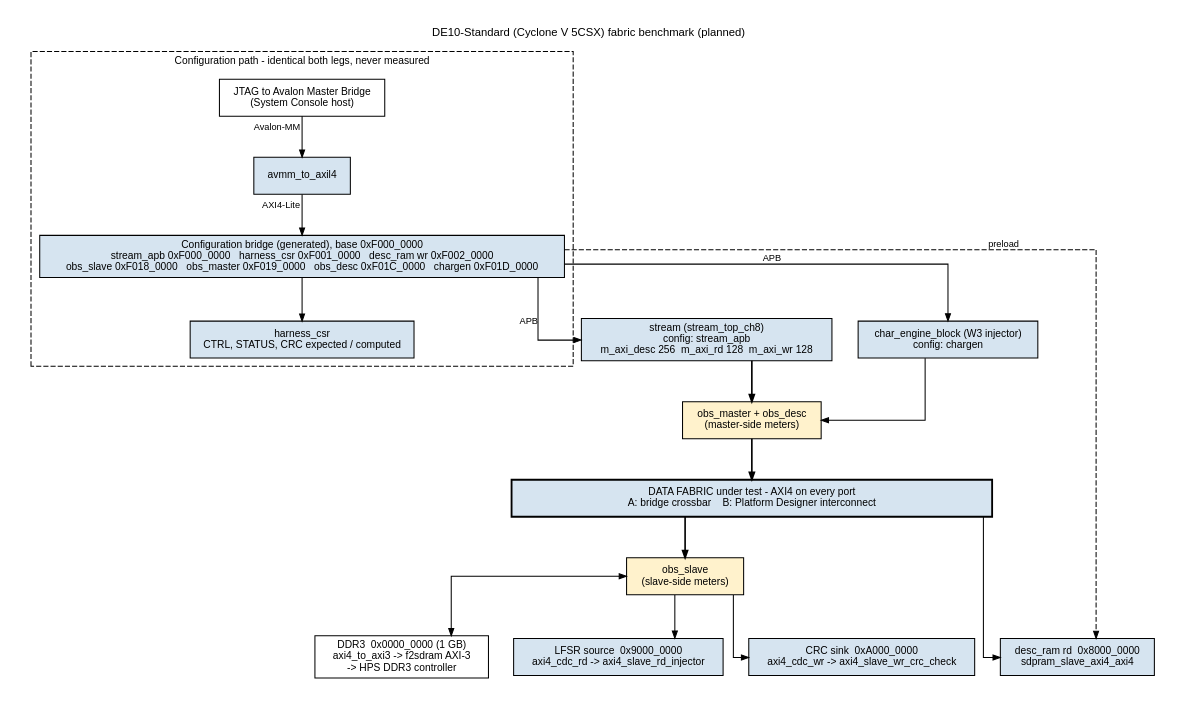
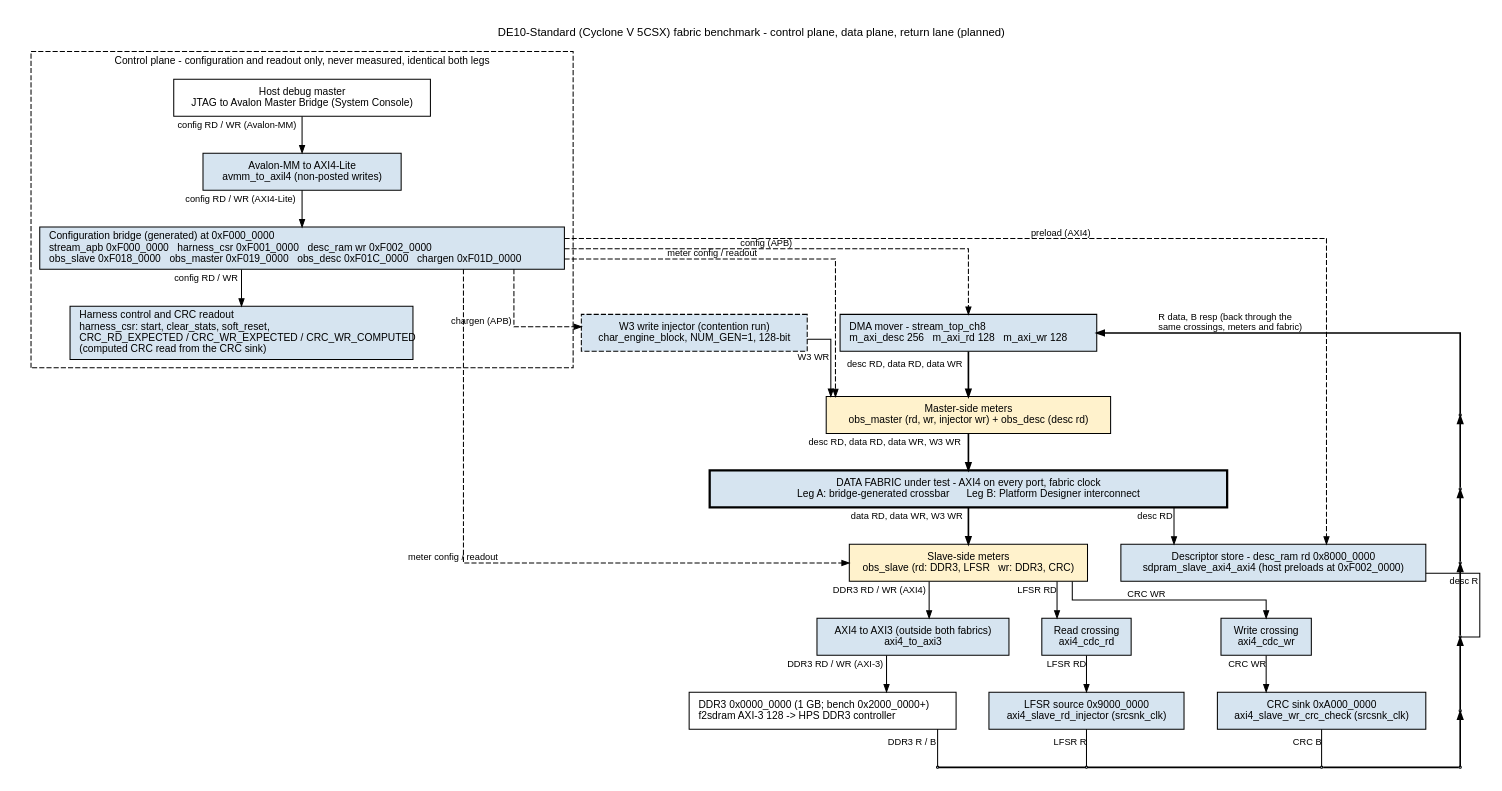
Before and after one commit to sean-galloway/RTLDesignSherpa: the diagram in projects/fpga-systems/DE10-Standard/fabric-benchmark/docs/assets/graphviz/de10_fabric_benchmark_planned.dot, drawn with Graphviz. The commit also changed 2 other files, not shown here.

Commit message:
docs(de10): Figure 5.1 redrawn to house style and the PRD v0.4 rulings
The system figure was the pre-v0.4 drawing: unlabeled edges, no return
path, the AXI3 converter folded into the DDR3 box. Redrawn:

- control plane on top, dashed config edges to stream, chargen, both
  meter sets, the desc_ram preload, and harness_csr
- requests top-down through the master-side meters, the fabric under
  test, the slave-side meters, the crossings, to the Table 5.1 endpoints
- read data and write responses climb back on their own lane at the right
- axi4_to_axi3 drawn as its own block outside both fabrics
- W3 injector dashed (contention run only); every arrow labeled

PRD caption describes the figure and links its source.

```diff
--- a/projects/fpga-systems/DE10-Standard/fabric-benchmark/docs/assets/graphviz/de10_fabric_benchmark_planned.dot
+++ b/projects/fpga-systems/DE10-Standard/fabric-benchmark/docs/assets/graphviz/de10_fabric_benchmark_planned.dot
@@ -1,48 +1,101 @@
 // DE10-Standard fabric benchmark architecture (PRD.md section 5, Figure 5.1).
-// PLANNED: no RTL or build exists yet; this draws PRD v0.4's system address
-// map (Table 5.1): the configuration region at 0xF000_0000 and the data fabric
-// below it, with the observers at the fabric's master and slave ports.
-// House style: vault/handbook/authoring/block-diagrams.md ("(planned)" in the
-// title; the fabric under test in the center, emphasized).
+// PLANNED: no RTL or build exists yet. Draws PRD v0.4 as ruled:
+//   - control plane (top, dashed): JTAG-to-Avalon -> avmm_to_axil4 -> the
+//     generated configuration bridge at 0xF000_0000; configuration only, never data
+//   - data plane (center): requests top-down from the masters through the
+//     master-side meters, the fabric under test, the slave-side meters, the
+//     crossings, to the endpoints (Table 5.1 bases)
+//   - return (right): read data and write responses climb back on their own lane
+//   - axi4_to_axi3 sits OUTSIDE the fabric: both legs are AXI4 on every port
+//   - the W3 injector is dashed: in the build, active only in the contention run
+// House style: vault/handbook/authoring/block-diagrams.md.
 digraph de10_fabric_benchmark_planned {
-    graph [rankdir=TB, bgcolor="white", fontname="Helvetica", fontsize=11, nodesep="0.35", ranksep="0.55", splines=ortho, newrank=true, labelloc=t, labeljust=c, pad="0.2", label="DE10-Standard (Cyclone V 5CSX) fabric benchmark (planned)"];
+    graph [rankdir=TB, bgcolor="white", fontname="Helvetica", fontsize=11, nodesep="0.45", ranksep="0.5", splines=ortho, newrank=true, labelloc=t, labeljust=c, pad="0.2",
+           label="DE10-Standard (Cyclone V 5CSX) fabric benchmark - control plane, data plane, return lane (planned)"];
     node  [fontname="Helvetica", fontsize=10, shape=box, style=filled, fillcolor="#D6E4F0", color="black", margin="0.12,0.06"];
     edge  [fontname="Helvetica", fontsize=9, color="black", arrowsize=0.7];
 
+    // ---------------- control plane ----------------
     subgraph cluster_ctl {
-        label="Configuration path - identical both legs, never measured"; fontsize=10; style=dashed;
-        jtag [label="JTAG to Avalon Master Bridge\n(System Console host)", fillcolor="white"];
-        av   [label="avmm_to_axil4"];
-        cbr  [label="Configuration bridge (generated), base 0xF000_0000\nstream_apb 0xF000_0000   harness_csr 0xF001_0000   desc_ram wr 0xF002_0000\nobs_slave 0xF018_0000   obs_master 0xF019_0000   obs_desc 0xF01C_0000   chargen 0xF01D_0000"];
-        hcsr [label="harness_csr\nCTRL, STATUS, CRC expected / computed"];
-        jtag -> av [xlabel="Avalon-MM"];
-        av -> cbr [xlabel="AXI4-Lite"];
-        cbr -> hcsr;
+        label="Control plane - configuration and readout only, never measured, identical both legs"; fontsize=10; style=dashed;
+        jtag [label="Host debug master\nJTAG to Avalon Master Bridge (System Console)", fillcolor="white"];
+        av   [label="Avalon-MM to AXI4-Lite\navmm_to_axil4 (non-posted writes)"];
+        cbr  [label="Configuration bridge (generated) at 0xF000_0000\lstream_apb 0xF000_0000   harness_csr 0xF001_0000   desc_ram wr 0xF002_0000\lobs_slave 0xF018_0000   obs_master 0xF019_0000   obs_desc 0xF01C_0000   chargen 0xF01D_0000\l"];
+        hcsr [label="Harness control and CRC readout\lharness_csr: start, clear_stats, soft_reset,\lCRC_RD_EXPECTED / CRC_WR_EXPECTED / CRC_WR_COMPUTED\l(computed CRC read from the CRC sink)\l"];
+        jtag -> av  [xlabel="config RD / WR (Avalon-MM)"];
+        av   -> cbr [xlabel="config RD / WR (AXI4-Lite)"];
+        cbr  -> hcsr [xlabel="config RD / WR"];
     }
 
-    str  [label="stream (stream_top_ch8)\nconfig: stream_apb\nm_axi_desc 256  m_axi_rd 128  m_axi_wr 128"];
-    inj  [label="char_engine_block (W3 injector)\nconfig: chargen"];
-    obm  [label="obs_master + obs_desc\n(master-side meters)", fillcolor="#FFF2CC"];
-    fab  [label="DATA FABRIC under test - AXI4 on every port\nA: bridge crossbar    B: Platform Designer interconnect", penwidth=1.8, width=6.5];
-    obs  [label="obs_slave\n(slave-side meters)", fillcolor="#FFF2CC"];
+    // ---------------- data plane: request direction, top-down ----------------
+    str  [label="DMA mover - stream_top_ch8\lm_axi_desc 256   m_axi_rd 128   m_axi_wr 128\l", group=C];
+    inj  [label="W3 write injector (contention run)\nchar_engine_block, NUM_GEN=1, 128-bit", style="filled,dashed"];
+    obm  [label="Master-side meters\nobs_master (rd, wr, injector wr) + obs_desc (desc rd)", fillcolor="#FFF2CC", group=C];
+    fab  [label="DATA FABRIC under test - AXI4 on every port, fabric clock\nLeg A: bridge-generated crossbar      Leg B: Platform Designer interconnect", penwidth=2.2, width=7.0, group=C];
+    obs  [label="Slave-side meters\nobs_slave (rd: DDR3, LFSR   wr: DDR3, CRC)", fillcolor="#FFF2CC", group=C];
+    dsc  [label="Descriptor store - desc_ram rd 0x8000_0000\nsdpram_slave_axi4_axi4 (host preloads at 0xF002_0000)"];
 
-    ddr  [label="DDR3  0x0000_0000 (1 GB)\naxi4_to_axi3 -> f2sdram AXI-3\n-> HPS DDR3 controller", fillcolor="white"];
-    dsc  [label="desc_ram rd  0x8000_0000\nsdpram_slave_axi4_axi4"];
-    src  [label="LFSR source  0x9000_0000\naxi4_cdc_rd -> axi4_slave_rd_injector"];
-    snk  [label="CRC sink  0xA000_0000\naxi4_cdc_wr -> axi4_slave_wr_crc_check"];
+    a2a  [label="AXI4 to AXI3 (outside both fabrics)\naxi4_to_axi3"];
+    cdr  [label="Read crossing\naxi4_cdc_rd"];
+    cdw  [label="Write crossing\naxi4_cdc_wr"];
 
-    cbr -> str [xlabel="APB"];
-    cbr -> inj [xlabel="APB"];
-    cbr -> dsc [style=dashed, xlabel="preload"];
-    str -> obm [penwidth=1.6];
-    inj -> obm;
-    obm -> fab [penwidth=1.6];
-    fab -> obs [penwidth=1.6];
-    obs -> ddr [dir=both];
-    fab -> dsc;
-    obs -> src;
-    obs -> snk;
+    ddr  [label="DDR3 0x0000_0000 (1 GB; bench 0x2000_0000+)\lf2sdram AXI-3 128 -> HPS DDR3 controller\l", fillcolor="white"];
+    src  [label="LFSR source 0x9000_0000\naxi4_slave_rd_injector (srcsnk_clk)"];
+    snk  [label="CRC sink 0xA000_0000\naxi4_slave_wr_crc_check (srcsnk_clk)"];
 
-    { rank=same; str; inj; }
-    { rank=same; ddr; dsc; src; snk; }
+    str -> obm [xlabel="desc RD, data RD, data WR", penwidth=1.6];
+    inj -> obm [xlabel="W3 WR"];
+    obm -> fab [xlabel="desc RD, data RD, data WR, W3 WR", penwidth=1.6];
+    fab -> obs [xlabel="data RD, data WR, W3 WR", penwidth=1.6];
+    fab -> dsc [xlabel="desc RD"];
+    obs -> a2a [xlabel="DDR3 RD / WR (AXI4)"];
+    obs -> cdr [xlabel="LFSR RD"];
+    obs -> cdw [xlabel="CRC WR"];
+    a2a -> ddr [xlabel="DDR3 RD / WR (AXI-3)"];
+    cdr -> src [xlabel="LFSR RD"];
+    cdw -> snk [xlabel="CRC WR"];
+
+    // ---------------- return lane: up the right side ----------------
+    r0 [shape=point, width=0.03, label="", group=R];
+    r1 [shape=point, width=0.03, label="", group=R];
+    r2 [shape=point, width=0.03, label="", group=R];
+    r3 [shape=point, width=0.03, label="", group=R];
+    r4 [shape=point, width=0.03, label="", group=R];
+    rm [shape=point, width=0.03, label="", group=R];
+    pd [shape=point, width=0.03, label=""];
+    ps [shape=point, width=0.03, label=""];
+    pk [shape=point, width=0.03, label=""];
+    ddr -> pd [dir=none, xlabel="DDR3 R / B"];
+    src -> ps [dir=none, xlabel="LFSR R"];
+    snk -> pk [dir=none, xlabel="CRC B"];
+    pd -> ps -> pk -> rm [dir=none, penwidth=1.6];
+    dsc -> r3 [dir=none, xlabel="desc R"];
+    str -> r0 [dir=back, xlabel="R data, B resp (back through the\lsame crossings, meters and fabric)\l", penwidth=1.6];
+    r0 -> r1 [dir=back, penwidth=1.6];
+    r1 -> r2 [dir=back, penwidth=1.6];
+    r2 -> r3 [dir=back, penwidth=1.6];
+    r3 -> r4 [dir=back, penwidth=1.6];
+    r4 -> rm [dir=back, penwidth=1.6];
+
+    // ---------------- configuration sideband (dashed) ----------------
+    cbr -> str [style=dashed, xlabel="config (APB)"];
+    cbr -> inj [style=dashed, xlabel="chargen (APB)"];
+    cbr -> obm [style=dashed, xlabel="meter config / readout"];
+    cbr -> obs [style=dashed, xlabel="meter config / readout"];
+    cbr -> dsc [style=dashed, xlabel="preload (AXI4)"];
+
+    { rank=same; inj; str; hcsr; }
+    { rank=same; obm; r0; }
+    { rank=same; fab; r1; }
+    { rank=same; obs; dsc; r2; }
+    { rank=same; a2a; cdr; cdw; r3; }
+    { rank=same; ddr; src; snk; r4; }
+    { rank=same; pd; ps; pk; rm; }
+    // column order: harness readout and injector left, mover center, return lane right
+    hcsr -> inj -> str [style=invis];
+    obm -> r0 [style=invis];
+    fab -> r1 [style=invis];
+    obs -> dsc -> r2 [style=invis];
+    a2a -> cdr -> cdw -> r3 [style=invis];
+    ddr -> src -> snk -> r4 [style=invis];
 }
```
